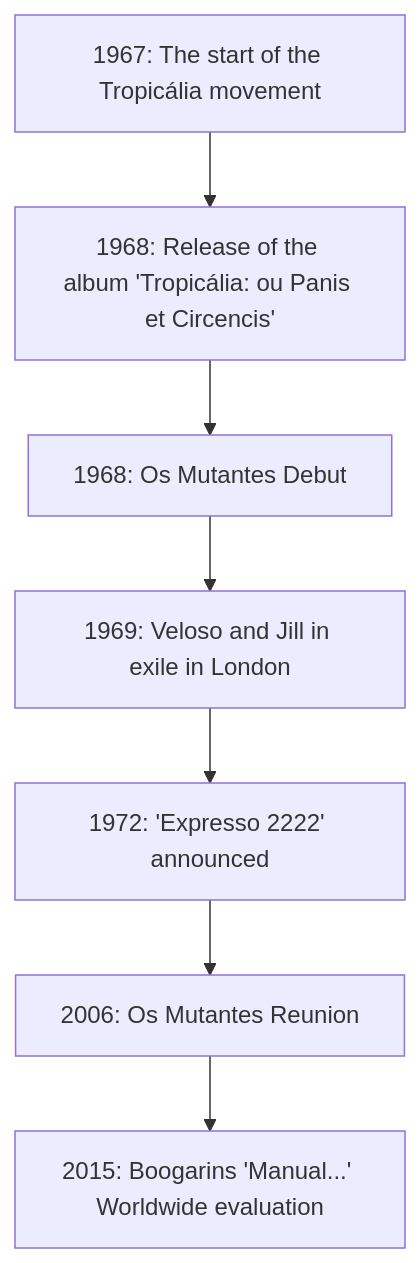
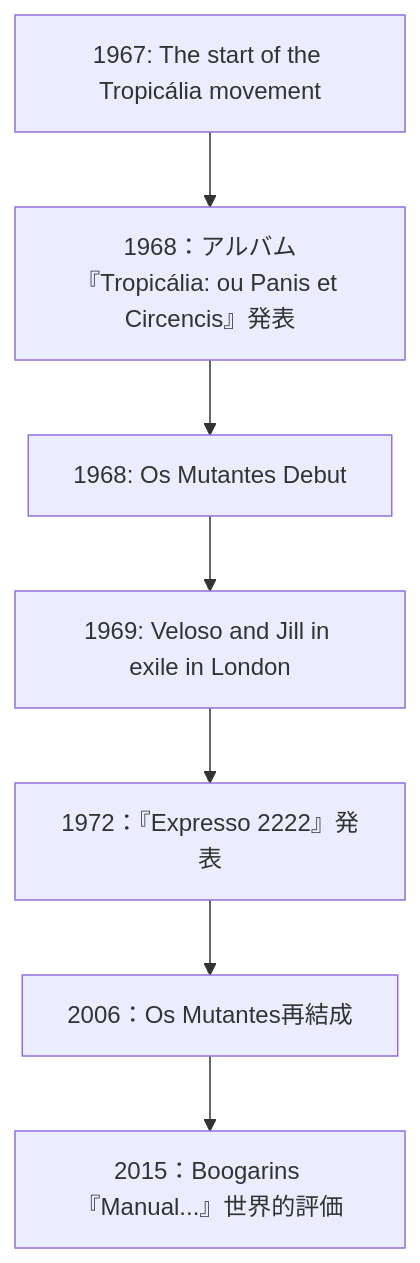
The diagram in en/_posts/2025-10-08-Colum-Brazilian-Psychedelic-Music.md (monumental-movement/monumental-movement.github.io), drawn with Mermaid before and after one commit. The commit also changed other lines of this file and 2196 other files, not shown here.

```diff
--- a/en/_posts/2025-10-08-Colum-Brazilian-Psychedelic-Music.md
+++ b/en/_posts/2025-10-08-Colum-Brazilian-Psychedelic-Music.md
@@ -103,14 +103,14 @@
 <div class="mermaid">
 
 flowchart TD
     A1967["1967: The start of the Tropicália movement"]
-    A1968a["1968: Release of the album 'Tropicália: ou Panis et Circencis'"]
+    A1968a["1968：アルバム『Tropicália: ou Panis et Circencis』発表"]
     A1968b["1968: Os Mutantes Debut"]
     A1969["1969: Veloso and Jill in exile in London"]
-    A1972["1972: 'Expresso 2222' announced"]
-    A2006["2006: Os Mutantes Reunion"]
-    A2015["2015: Boogarins 'Manual...' Worldwide evaluation"]
+    A1972["1972：『Expresso 2222』発表"]
+    A2006["2006：Os Mutantes再結成"]
+    A2015["2015：Boogarins 『Manual...』世界的評価"]
 
     A1967 --> A1968a --> A1968b --> A1969 --> A1972 --> A2006 --> A2015
 
 </div>
```
